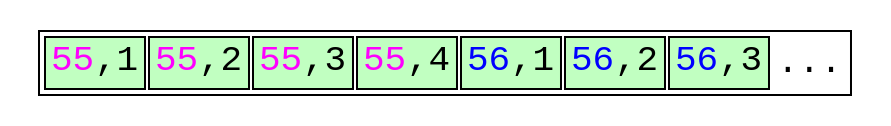
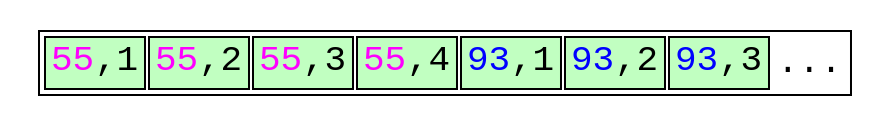
One commit to petergeoghegan/pg_query_internals changed the diagram in optimized-right-leaf-page-split.dot. Above: the diagram before and after it, drawn with Graphviz. The commit also changed 4 other files, not shown here.

```diff
--- a/optimized-right-leaf-page-split.dot
+++ b/optimized-right-leaf-page-split.dot
@@ -1,33 +1,33 @@
 // Example B-Tree graph
 //
 // Breadth-first order
 //
 // Start from root, go left to right
 //
 // Workflow:
 //
 // $ dot -T svg btree.dot -o btree.svg;
 
 digraph nbtree {
 graph [fontname = "monospace"];
 node [shape = none,height=.1,fontname = "monospace",fontsize=18];
 // Level 0 (leaf level)
 leafnode_1[ label=<<table>
                     <tr>
                         <td bgcolor='darkseagreen1' port="t2"><font color="magenta">55</font>,1</td>
                         <td bgcolor='darkseagreen1' port="t3"><font color="magenta">55</font>,2</td>
                         <td bgcolor='darkseagreen1' port="t4"><font color="magenta">55</font>,3</td>
                         <td bgcolor='darkseagreen1' port="t5"><font color="magenta">55</font>,4</td>
                         <!-- <td align="center" border="0" bgcolor='white' port="t6">&#9986;</td> -->
-                        <td bgcolor='darkseagreen1' port="t7"><font color="blue">56</font>,1</td>
-                        <td bgcolor='darkseagreen1' port="t8"><font color="blue">56</font>,2</td>
-                        <td bgcolor='darkseagreen1' port="t9"><font color="blue">56</font>,3</td>
+                        <td bgcolor='darkseagreen1' port="t7"><font color="blue">93</font>,1</td>
+                        <td bgcolor='darkseagreen1' port="t8"><font color="blue">93</font>,2</td>
+                        <td bgcolor='darkseagreen1' port="t9"><font color="blue">93</font>,3</td>
                         <td border="0" bgcolor='white' port="t10">...</td>
                     </tr>
                 </table>
                >
         ];
 //Force alignment from root to internal to leaf levels:
 //edge[style=invis];
 //"rootnode":d1 -> "leafnode_2":t2
 }
```
